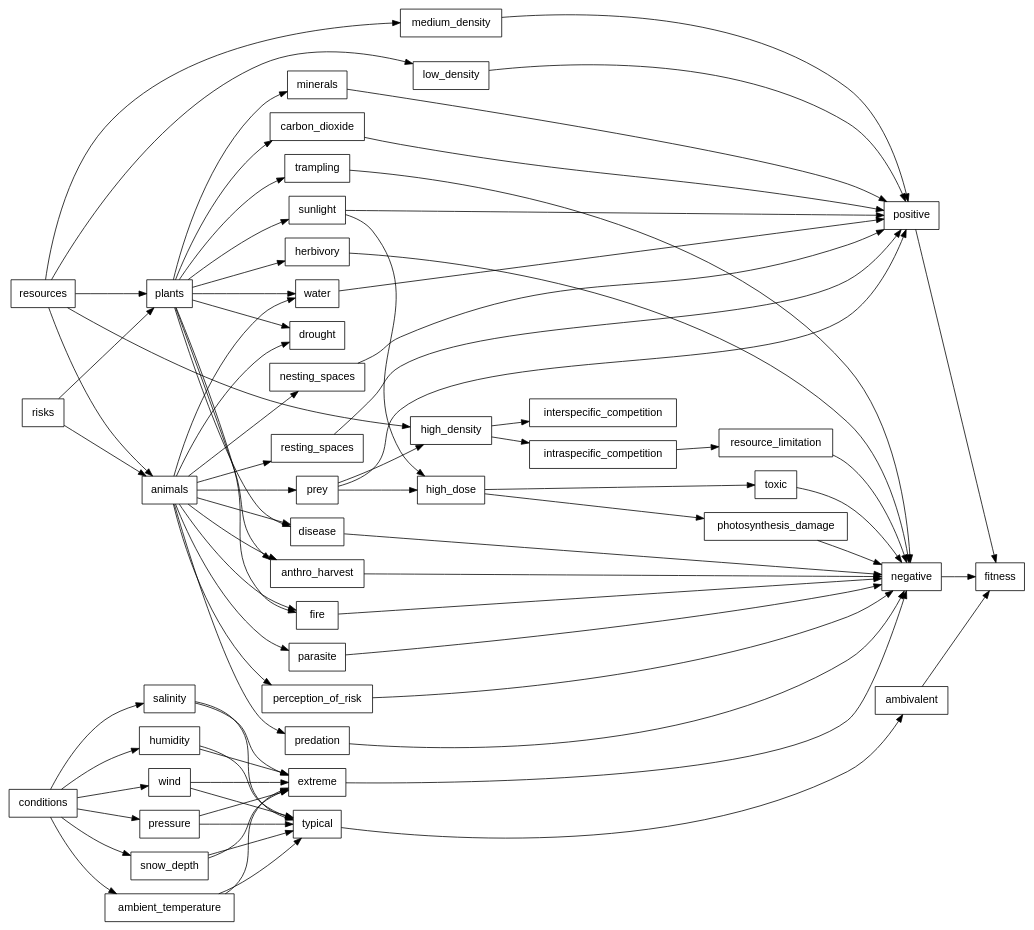
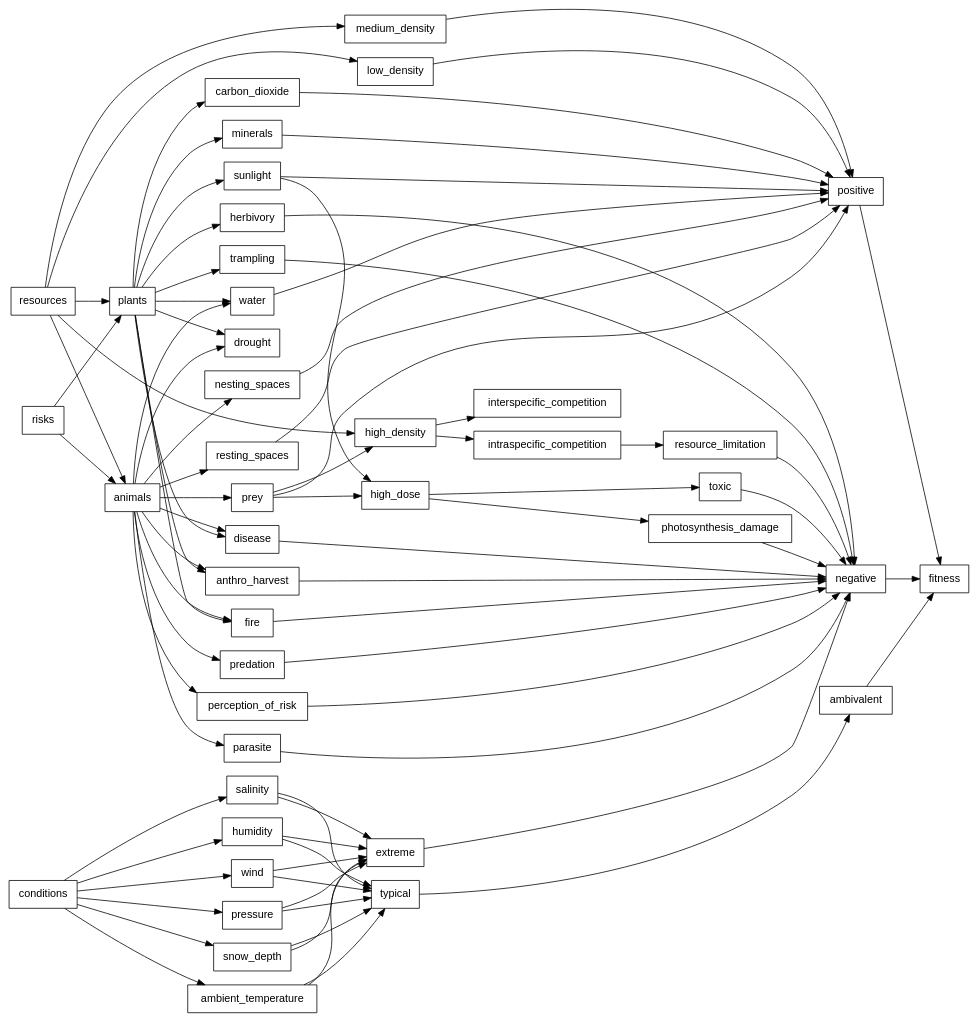
One commit to robitalec/comprehensive-exam changed the diagram in gv/resources-risks-conditions.gv. Above: the diagram before and after it, drawn with Graphviz.

Commit message:
rank qualifiers same

```diff
--- a/gv/resources-risks-conditions.gv
+++ b/gv/resources-risks-conditions.gv
@@ -1,82 +1,84 @@
 digraph resources_risks_conditions {
 	rankdir = LR
   graph [fontsize = 12]
 
 	node [shape = box, fontname = Helvetica]
 
 		{rank=same
 	    resources
 	    risks
 	    conditions
 		}
 
 		{rank=same
 		  animals
 		  plants
 		}
 
 		{rank=same
 			positive
 			negative
 			ambivalent
 		}
 
 		{rank=same
 			sunlight
 			carbon_dioxide
 			water
 			minerals
 			prey
 			water
 			nesting_spaces
 			resting_spaces
 		}
 
 		{rank=same
 			high_density
 			low_density
 			medium_density
 			high_dose
+			typical
+			extreme
 		}
 
 		{rank=same
 			herbivory
 			trampling
 			anthro_harvest
 			fire
 			disease
 			drought
 			predation
 			perception_of_risk
 			parasite
 			disease
 		}
 
     resources -> plants -> {sunlight carbon_dioxide water minerals}
     resources -> animals -> {prey water nesting_spaces resting_spaces}
 
     risks -> plants -> {herbivory trampling anthro_harvest fire disease drought}
     risks -> animals -> {predation perception_of_risk parasite disease anthro_harvest fire drought}
 
     conditions -> {ambient_temperature salinity humidity wind pressure snow_depth} -> {extreme typical}
 
     prey -> high_dose -> toxic
     sunlight -> high_dose -> photosynthesis_damage
 
     prey -> high_density -> {interspecific_competition intraspecific_competition}
   	{intraspecific_competition intraspecific_competition} -> resource_limitation
 
     resources -> {low_density medium_density high_density}
 
     extreme -> negative
     typical -> ambivalent
 
     {toxic photosynthesis_damage} -> negative
     {herbivory trampling anthro_harvest fire disease parasite perception_of_risk predation resource_limitation} -> negative
 
 		{medium_density low_density, resting_spaces nesting_spaces prey} -> positive
 		{carbon_dioxide minerals water sunlight} -> positive
 
     {positive  negative  ambivalent} -> fitness
 
 }
```
